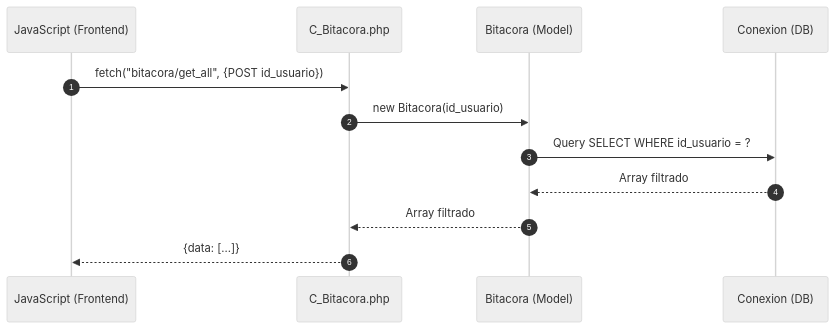
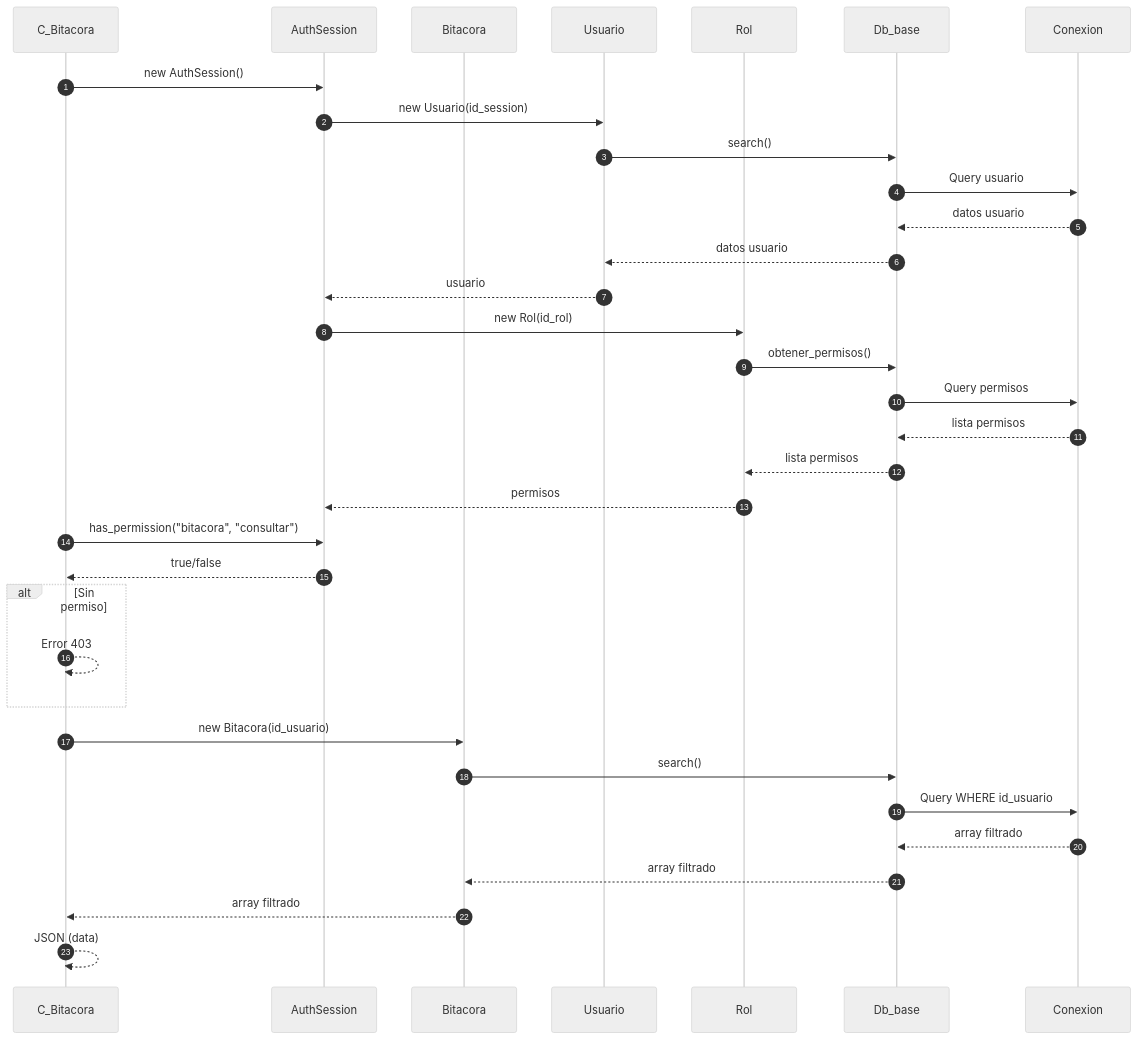
One commit to Tecrato/BurgerHouse changed the second of 3 diagrams in docs/secuencia/bitacora/bitacora.md. Above: the diagram before and after it, drawn with Mermaid (neutral theme). The commit also changed other lines of this file and 13 other files, not shown here.

First line of the commit message:
diagramas actualizaos

````diff
--- a/docs/secuencia/bitacora/bitacora.md
+++ b/docs/secuencia/bitacora/bitacora.md
@@ -51,17 +50,42 @@
 ```mermaid
 sequenceDiagram
     autonumber
-    participant JS as JavaScript (Frontend)
-    participant C_Bitacora as C_Bitacora.php
-    participant Bitacora as Bitacora (Model)
-    participant DB as Conexion (DB)
+    participant C_Bitacora as C_Bitacora
+    participant AuthSession as AuthSession
+    participant Bitacora as Bitacora
+    participant Usuario as Usuario
+    participant Rol as Rol
+    participant Db_base as Db_base
+    participant Conexion as Conexion
     
-    JS->>C_Bitacora: fetch("bitacora/get_all", {POST id_usuario})
+    C_Bitacora->>AuthSession: new AuthSession()
+    AuthSession->>Usuario: new Usuario(id_session)
+    Usuario->>Db_base: search()
+    Db_base->>Conexion: Query usuario
+    Conexion-->>Db_base: datos usuario
+    Db_base-->>Usuario: datos usuario
+    Usuario-->>AuthSession: usuario
+    
+    AuthSession->>Rol: new Rol(id_rol)
+    Rol->>Db_base: obtener_permisos()
+    Db_base->>Conexion: Query permisos
+    Conexion-->>Db_base: lista permisos
+    Db_base-->>Rol: lista permisos
+    Rol-->>AuthSession: permisos
+    
+    C_Bitacora->>AuthSession: has_permission("bitacora", "consultar")
+    AuthSession-->>C_Bitacora: true/false
+    
+    alt Sin permiso
+        C_Bitacora-->>C_Bitacora: Error 403
+    end
     
     C_Bitacora->>Bitacora: new Bitacora(id_usuario)
-    Bitacora->>DB: Query SELECT WHERE id_usuario = ?
-    DB-->>Bitacora: Array filtrado
-    Bitacora-->>C_Bitacora: Array filtrado
+    Bitacora->>Db_base: search()
+    Db_base->>Conexion: Query WHERE id_usuario
+    Conexion-->>Db_base: array filtrado
+    Db_base-->>Bitacora: array filtrado
+    Bitacora-->>C_Bitacora: array filtrado
     
-    C_Bitacora-->>JS: {data: [...]}
+    C_Bitacora-->>C_Bitacora: JSON (data)
 ```
````
